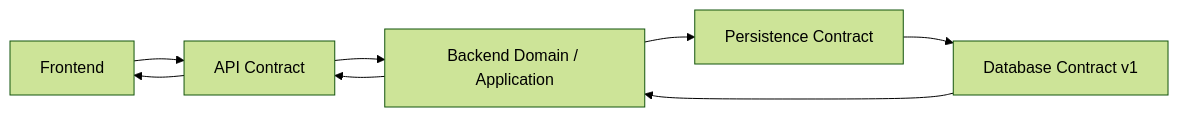
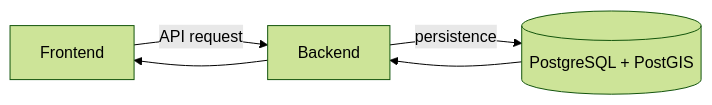
The diagram in docs/database/README.md (Danh20100/moibile_app), drawn with Mermaid (forest theme) before and after one commit. The commit also changed other lines of this file and 2 other files, not shown here.

Commit message:
docs(database): humanize database reading guides

````diff
--- a/docs/database/README.md
+++ b/docs/database/README.md
@@ -23,10 +21,6 @@
 ```mermaid
 flowchart LR
-    FE["Frontend"] --> API["API Contract"]
-    API --> BE["Backend Domain / Application"]
-    BE --> PC["Persistence Contract"]
-    PC --> DB["Database Contract v1"]
-    DB --> BE
-    BE --> API
-    API --> FE
+    FE["Frontend"] -->|"API request"| BE["Backend"]
+    BE -->|"persistence"| DB[("PostgreSQL + PostGIS")]
+    DB --> BE --> FE
 ```
````
